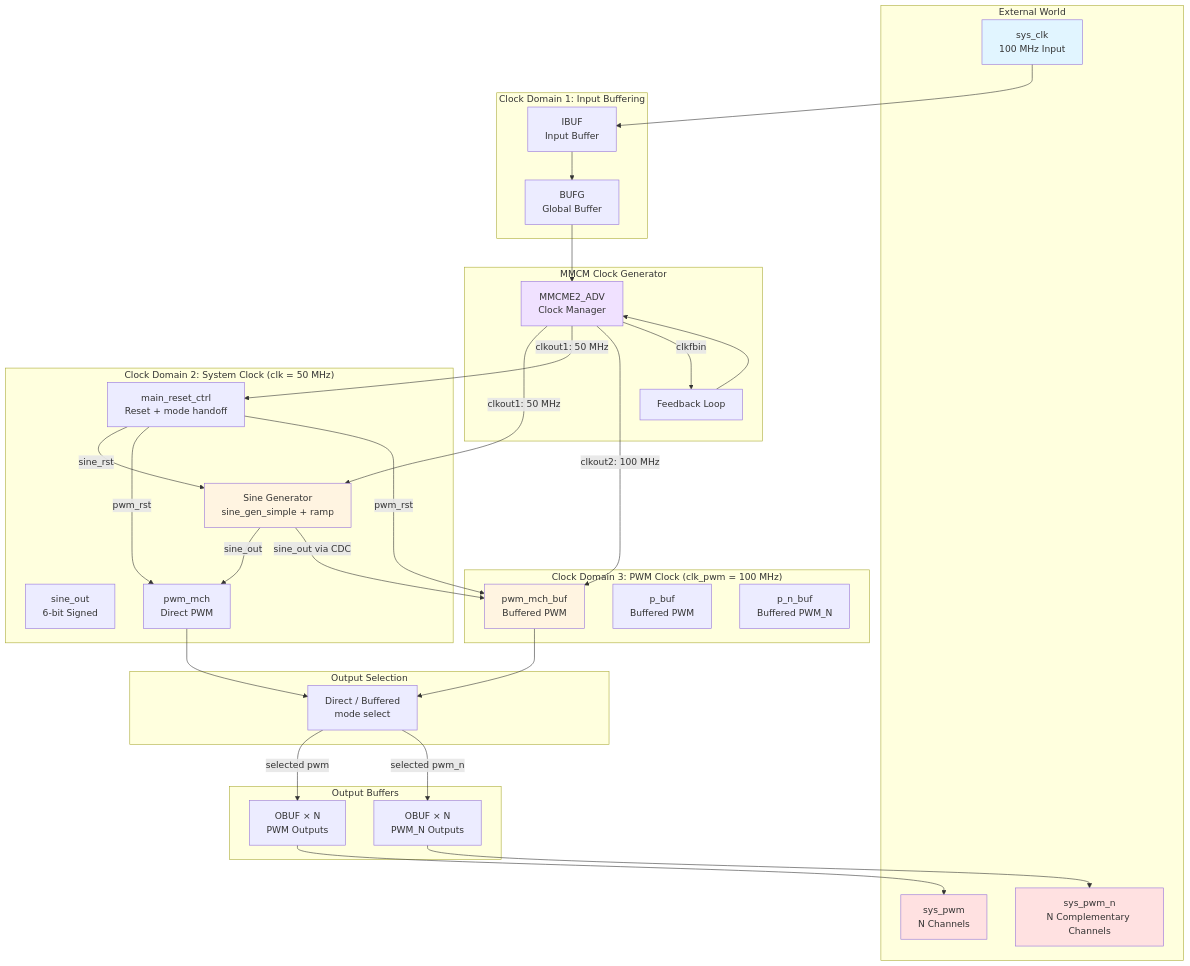
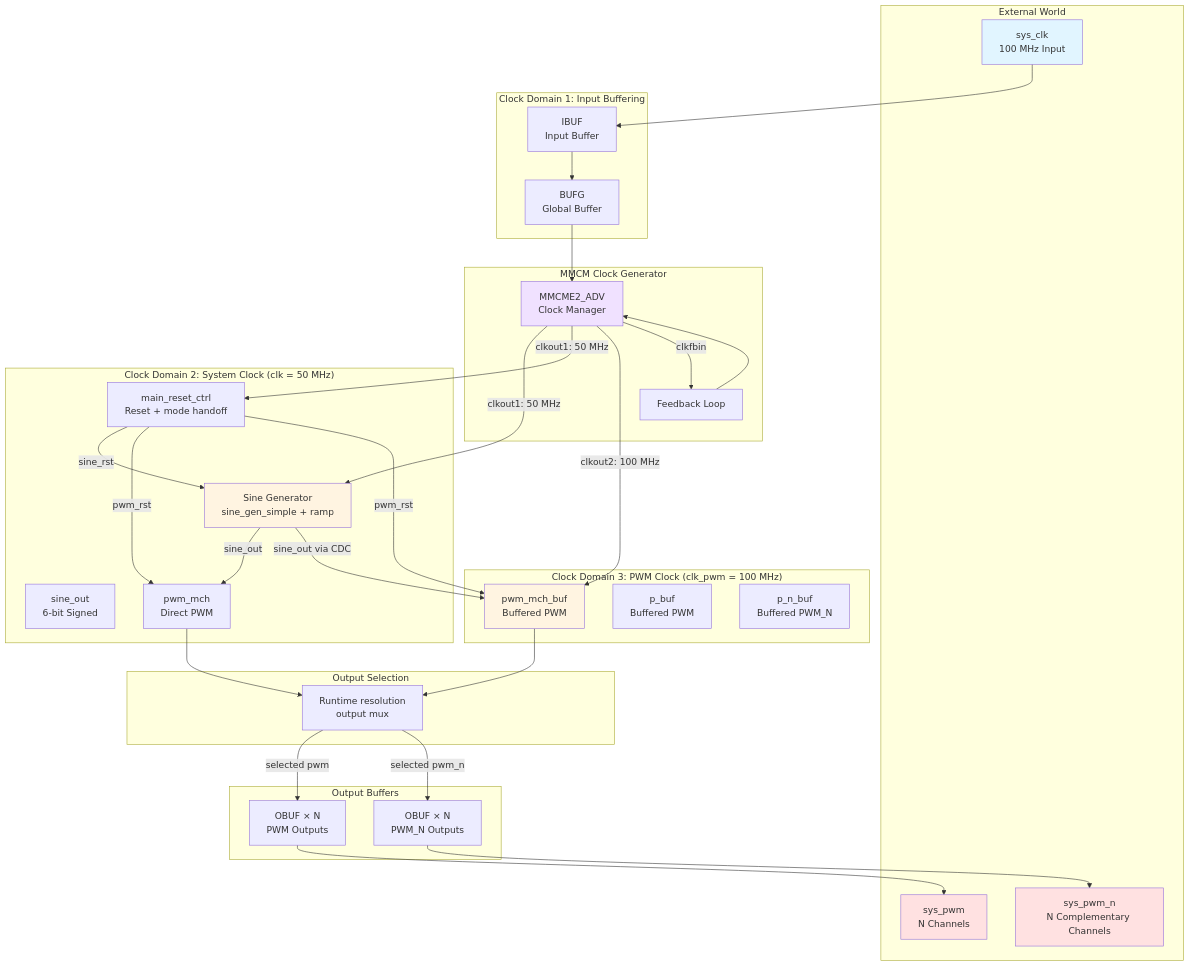
The first of 4 diagrams in docs/architecture/overview.md (ekazakov1507/pwm_demo), drawn with Mermaid before and after one commit. The commit also changed other lines of this file and 13 other files, not shown here.

````diff
--- a/docs/architecture/overview.md
+++ b/docs/architecture/overview.md
@@ -9,68 +9,68 @@
 ```mermaid
 graph TB
     subgraph "External World"
         CLK_IN[sys_clk<br/>100 MHz Input]
         PWM_OUT[sys_pwm<br/>N Channels]
         PWM_N_OUT[sys_pwm_n<br/>N Complementary Channels]
     end
 
     subgraph "Clock Domain 1: Input Buffering"
         IBUF[IBUF<br/>Input Buffer]
         BUFG[BUFG<br/>Global Buffer]
     end
 
     subgraph "MMCM Clock Generator"
         MMCM[MMCME2_ADV<br/>Clock Manager]
         CLK_FB[Feedback Loop]
     end
 
     subgraph "Clock Domain 2: System Clock (clk = 50 MHz)"
         SINE[Sine Generator<br/>sine_gen_simple + ramp]
         SINE_OUT[sine_out<br/>6-bit Signed]
         DIRECT_PWM[pwm_mch<br/>Direct PWM]
         RESET_CTRL[main_reset_ctrl<br/>Reset + mode handoff]
     end
 
     subgraph "Clock Domain 3: PWM Clock (clk_pwm = 100 MHz)"
         PWM_MODULE[pwm_mch_buf<br/>Buffered PWM]
         PWM_BUF[p_buf<br/>Buffered PWM]
         PWM_N_BUF[p_n_buf<br/>Buffered PWM_N]
     end
 
     subgraph "Output Selection"
-        MODE_SEL[Direct / Buffered<br/>mode select]
+        MODE_SEL[Runtime resolution<br/>output mux]
     end
 
     subgraph "Output Buffers"
         OBUF_P[OBUF × N<br/>PWM Outputs]
         OBUF_N[OBUF × N<br/>PWM_N Outputs]
     end
 
     CLK_IN --> IBUF
     IBUF --> BUFG
     BUFG --> MMCM
     MMCM -->|clkout1: 50 MHz| SINE
     MMCM -->|clkout1: 50 MHz| RESET_CTRL
     MMCM -->|clkout2: 100 MHz| PWM_MODULE
     MMCM -->|clkfbin| CLK_FB
     CLK_FB --> MMCM
 
     SINE -->|sine_out| DIRECT_PWM
     SINE -->|sine_out via CDC| PWM_MODULE
     RESET_CTRL -->|sine_rst| SINE
     RESET_CTRL -->|pwm_rst| DIRECT_PWM
     RESET_CTRL -->|pwm_rst| PWM_MODULE
     DIRECT_PWM --> MODE_SEL
     PWM_MODULE --> MODE_SEL
     MODE_SEL -->|selected pwm| OBUF_P
     MODE_SEL -->|selected pwm_n| OBUF_N
     OBUF_P --> PWM_OUT
     OBUF_N --> PWM_N_OUT
 
     style CLK_IN fill:#e1f5ff
     style PWM_OUT fill:#ffe1e1
     style PWM_N_OUT fill:#ffe1e1
     style SINE fill:#fff4e1
     style PWM_MODULE fill:#fff4e1
     style MMCM fill:#f0e1ff
 ```
````
